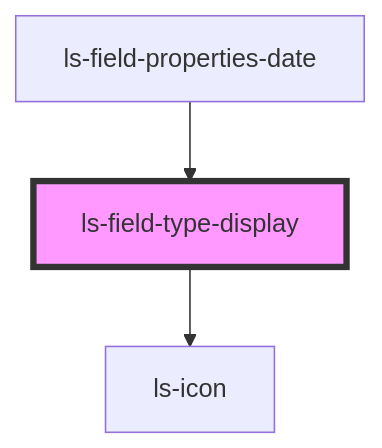
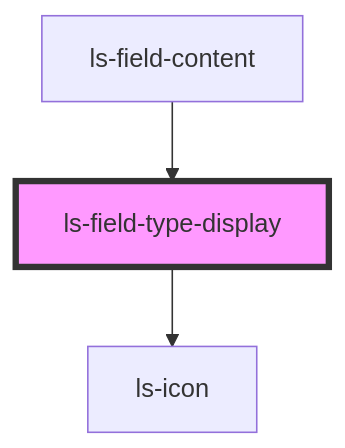
The diagram in src/components/ls-field-type-display/readme.md (legalesign/ls-document-viewer), drawn with Mermaid before and after one commit. The commit also changed other lines of this file and 23 other files, not shown here.

````diff
--- a/src/components/ls-field-type-display/readme.md
+++ b/src/components/ls-field-type-display/readme.md
@@ -27,6 +27,6 @@
 ```mermaid
 graph TD;
   ls-field-type-display --> ls-icon
-  ls-field-properties-date --> ls-field-type-display
+  ls-field-content --> ls-field-type-display
   style ls-field-type-display fill:#f9f,stroke:#333,stroke-width:4px
 ```
````
